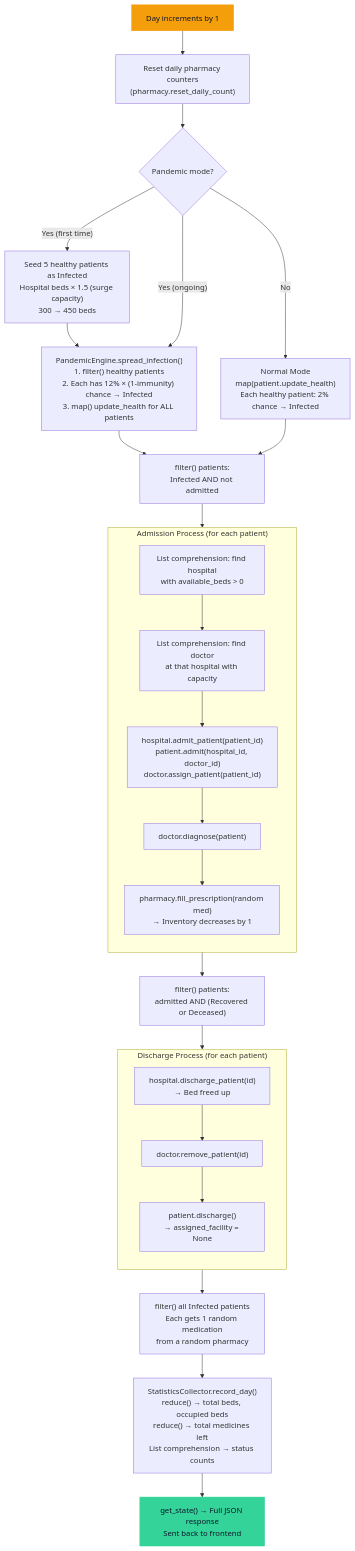
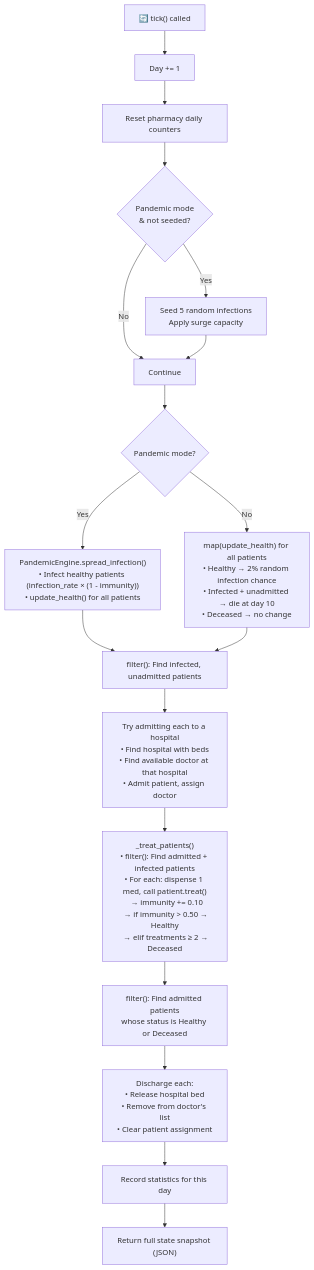
The second of 5 diagrams in project_workflow.md (AkshitBahl/PythonHealthcareSystemSimulationProject), drawn with Mermaid before and after one commit. The commit also changed other lines of this file and 23 other files, not shown here.

First line of the commit message:
Simplify health system: 3 statuses, deterministic treatment, updated frontend

````diff
--- a/project_workflow.md
+++ b/project_workflow.md
@@ -165,59 +174,20 @@
 ```mermaid
-flowchart TB
-    START["Day increments by 1"]
-
-    START --> RESET_PH["Reset daily pharmacy counters\n(pharmacy.reset_daily_count)"]
-    RESET_PH --> CHECK{Pandemic mode?}
-
-    CHECK -->|"Yes (first time)"| SEED["Seed 5 healthy patients as Infected\nHospital beds × 1.5 (surge capacity)\n300 → 450 beds"]
-    SEED --> SPREAD
-    CHECK -->|"Yes (ongoing)"| SPREAD
-
-    SPREAD["PandemicEngine.spread_infection()\n1. filter() healthy patients\n2. Each has 12% × (1-immunity) chance → Infected\n3. map() update_health for ALL patients"]
-
-    CHECK -->|No| NORMAL["Normal Mode\nmap(patient.update_health)\nEach healthy patient: 2% chance → Infected"]
-
-    SPREAD --> ADMIT
-    NORMAL --> ADMIT
-
-    ADMIT["filter() patients:\nInfected AND not admitted"]
-
-    ADMIT --> ADMIT_DETAIL
-
-    subgraph ADMIT_DETAIL["Admission Process (for each patient)"]
-        direction TB
-        H1["List comprehension: find hospital\nwith available_beds > 0"]
-        H2["List comprehension: find doctor\nat that hospital with capacity"]
-        H3["hospital.admit_patient(patient_id)\npatient.admit(hospital_id, doctor_id)\ndoctor.assign_patient(patient_id)"]
-        H4["doctor.diagnose(patient)"]
-        H5["pharmacy.fill_prescription(random med)\n→ Inventory decreases by 1"]
-        H1 --> H2 --> H3 --> H4 --> H5
-    end
-
-    ADMIT_DETAIL --> DISCHARGE
-
-    DISCHARGE["filter() patients:\nadmitted AND (Recovered or Deceased)"]
-
-    DISCHARGE --> DISCHARGE_DETAIL
-
-    subgraph DISCHARGE_DETAIL["Discharge Process (for each patient)"]
-        direction TB
-        D1["hospital.discharge_patient(id)\n→ Bed freed up"]
-        D2["doctor.remove_patient(id)"]
-        D3["patient.discharge()\n→ assigned_facility = None"]
-        D1 --> D2 --> D3
-    end
-
-    DISCHARGE_DETAIL --> DAILY_MEDS
-
-    DAILY_MEDS["filter() all Infected patients\nEach gets 1 random medication\nfrom a random pharmacy"]
-
-    DAILY_MEDS --> STATS
-
-    STATS["StatisticsCollector.record_day()\nreduce() → total beds, occupied beds\nreduce() → total medicines left\nList comprehension → status counts"]
-
-    STATS --> RETURN["get_state() → Full JSON response\nSent back to frontend"]
-
-    style START fill:#f59e0b,stroke:#f59e0b,color:#0f172a
-    style RETURN fill:#34d399,stroke:#34d399,color:#0f172a
+flowchart TD
+    A["🔄 tick() called"] --> B["Day += 1"]
+    B --> C["Reset pharmacy daily counters"]
+    C --> D{Pandemic mode<br/>& not seeded?}
+    D -->|Yes| E["Seed 5 random infections<br/>Apply surge capacity"]
+    D -->|No| F["Continue"]
+    E --> F
+    F --> G{Pandemic mode?}
+    G -->|Yes| H["PandemicEngine.spread_infection()<br/>• Infect healthy patients (infection_rate × (1 - immunity))<br/>• update_health() for all patients"]
+    G -->|No| I["map(update_health) for all patients<br/>• Healthy → 2% random infection chance<br/>• Infected + unadmitted → die at day 10<br/>• Deceased → no change"]
+    H --> J
+    I --> J
+    J["filter(): Find infected, unadmitted patients"] --> K["Try admitting each to a hospital<br/>• Find hospital with beds<br/>• Find available doctor at that hospital<br/>• Admit patient, assign doctor"]
+    K --> L["_treat_patients()<br/>• filter(): Find admitted + infected patients<br/>• For each: dispense 1 med, call patient.treat()<br/>  → immunity += 0.10<br/>  → if immunity > 0.50 → Healthy<br/>  → elif treatments ≥ 2 → Deceased"]
+    L --> M["filter(): Find admitted patients<br/>whose status is Healthy or Deceased"]
+    M --> N["Discharge each:<br/>• Release hospital bed<br/>• Remove from doctor's list<br/>• Clear patient assignment"]
+    N --> O["Record statistics for this day"]
+    O --> P["Return full state snapshot (JSON)"]
 ```
````
